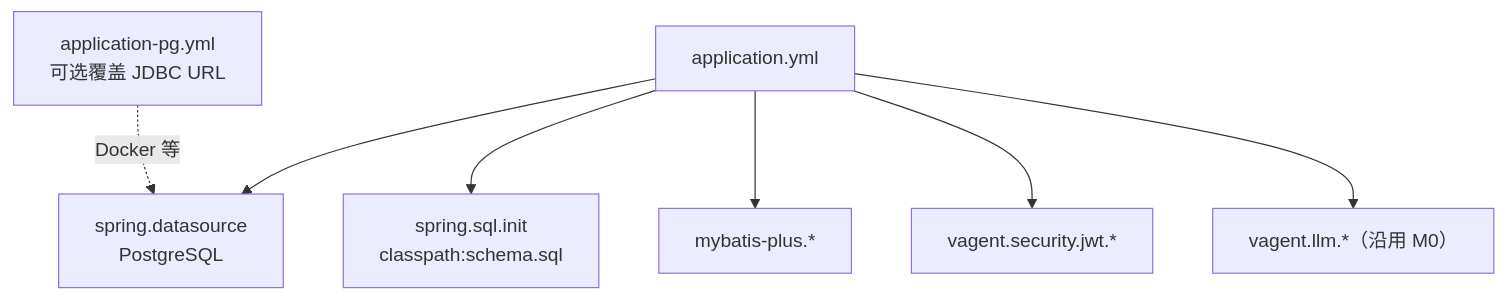
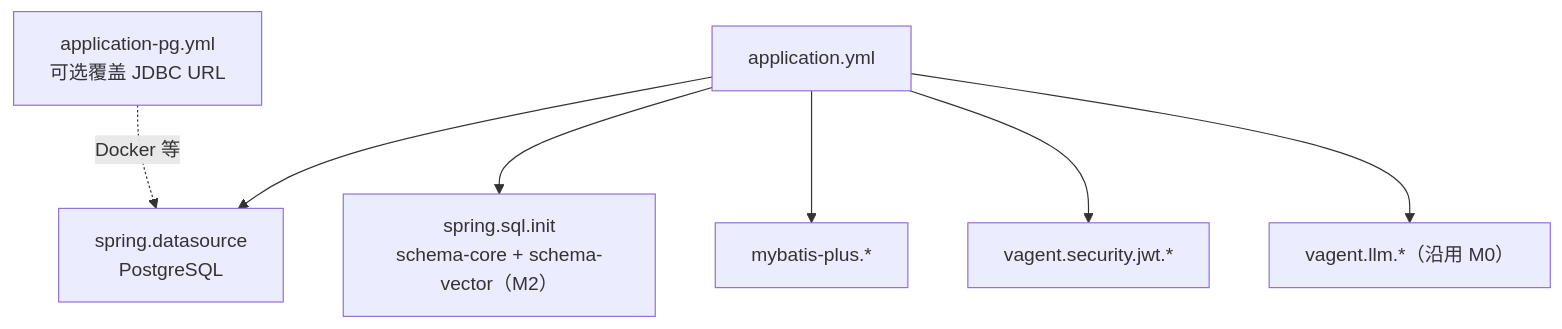
Before and after one commit to vulgar26/Vagent: the second of 8 diagrams in docs/M1-实现说明.md, drawn with Mermaid. The commit also changed other lines of this file and 33 other files, not shown here.

````diff
--- a/docs/M1-实现说明.md
+++ b/docs/M1-实现说明.md
@@ -98,9 +98,9 @@
 ```mermaid
 flowchart TD
     Y["application.yml"] --> DS["spring.datasource<br/>PostgreSQL"]
-    Y --> SQL["spring.sql.init<br/>classpath:schema.sql"]
+    Y --> SQL["spring.sql.init<br/>schema-core + schema-vector（M2）"]
     Y --> MP["mybatis-plus.*"]
     Y --> JWT["vagent.security.jwt.*"]
     Y --> LLM["vagent.llm.*（沿用 M0）"]
     PG["application-pg.yml<br/>可选覆盖 JDBC URL"] -.->|"Docker 等"| DS
 ```
````
